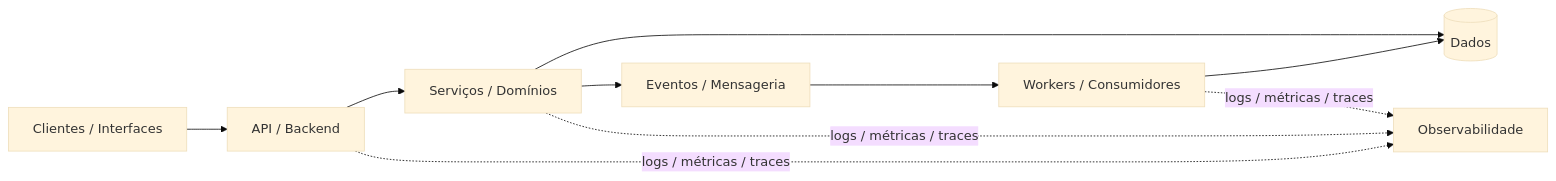
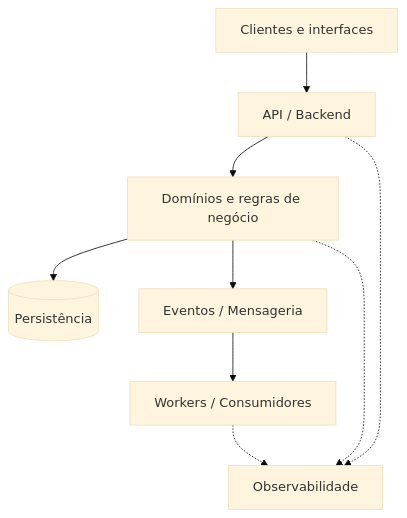
One commit to iurygregory-dev/iurygregory-dev changed the diagram in README.md. Above: the diagram before and after it, drawn with Mermaid (base theme). The commit also changed other lines of this file, not shown here.

Commit message:
docs: destacar backend e simplificar o README do perfil

````diff
--- a/README.md
+++ b/README.md
@@ -196,13 +113,12 @@
 ```mermaid
-flowchart LR
-    C[Clientes / Interfaces] --> API[API / Backend]
-    API --> S[Serviços / Domínios]
-    S --> DB[(Dados)]
-    S --> E[Eventos / Mensageria]
-    E --> W[Workers / Consumidores]
-    W --> DB
+flowchart TD
+    C["Clientes e interfaces"] --> API["API / Backend"]
+    API --> D["Domínios e regras de negócio"]
+    D --> DB[("Persistência")]
+    D --> E["Eventos / Mensageria"]
+    E --> W["Workers / Consumidores"]
 
-    API -. logs / métricas / traces .-> O[Observabilidade]
-    S -. logs / métricas / traces .-> O
-    W -. logs / métricas / traces .-> O
+    API -.-> O["Observabilidade"]
+    D -.-> O
+    W -.-> O
 ```
````
